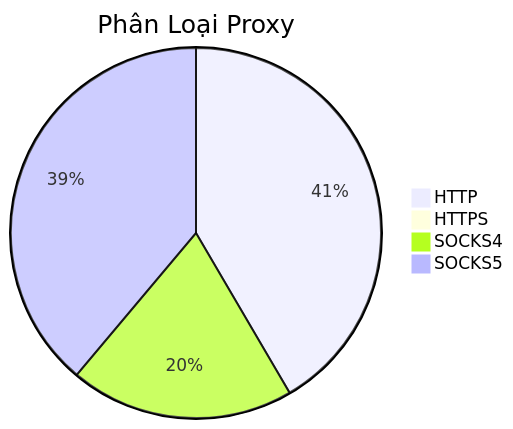
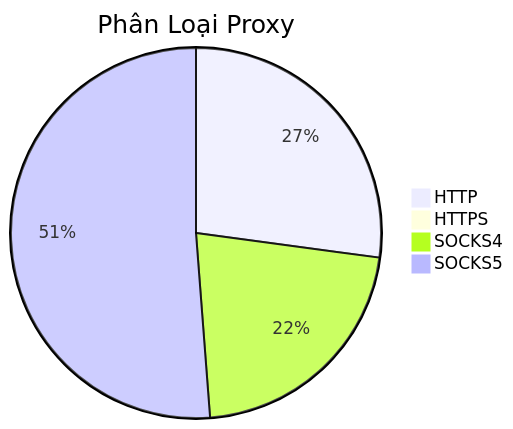
One commit to Ciara-Aa/PROXY-free changed the diagram in README.md. Above: the diagram before and after it, drawn with Mermaid. The commit also changed other lines of this file and 4 other files, not shown here.

````diff
--- a/README.md
+++ b/README.md
@@ -26,7 +26,7 @@
 ```mermaid
 pie title Phân Loại Proxy
-    "HTTP" : 648
-    "HTTPS" : 3
-    "SOCKS4" : 305
-    "SOCKS5" : 606
+    "HTTP" : 268
+    "HTTPS" : 1
+    "SOCKS4" : 214
+    "SOCKS5" : 506
 ```
````
